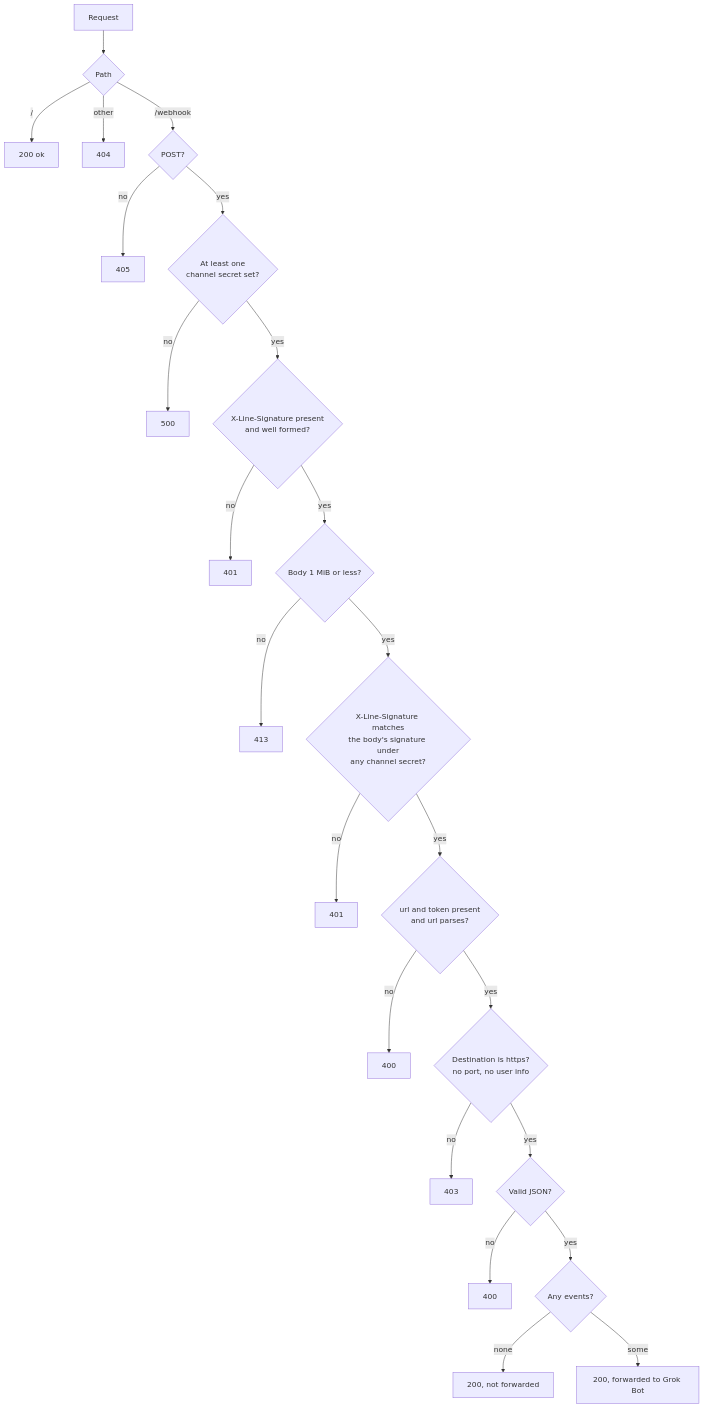
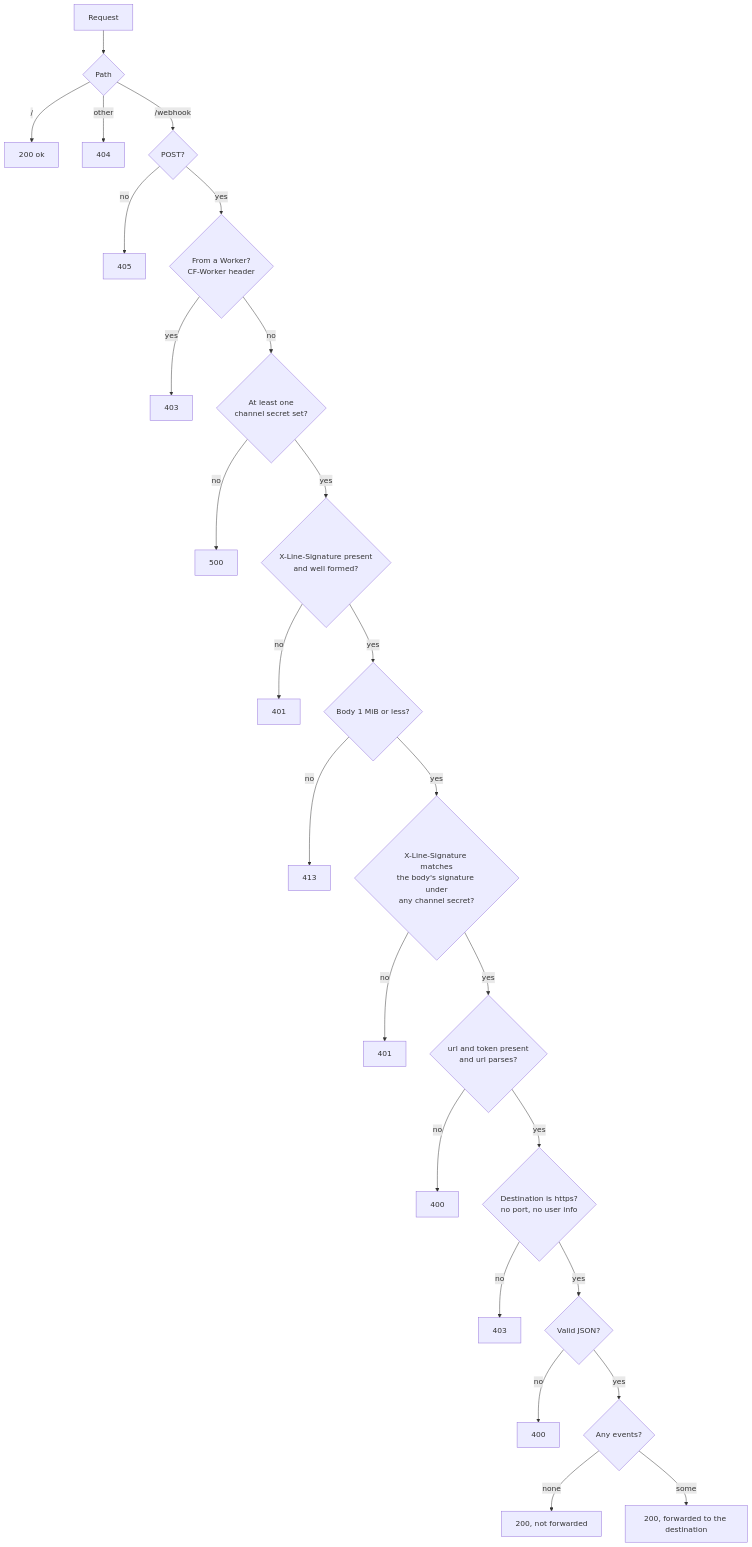
The second of 2 diagrams in README.en.md (cloud-position/grok-bot-line-relay), drawn with Mermaid before and after one commit. The commit also changed other lines of this file and 4 other files, not shown here.

````diff
--- a/README.en.md
+++ b/README.en.md
@@ -144,25 +144,27 @@
 ```mermaid
 flowchart TD
     A[Request] --> B{Path}
     B -- / --> OK[200 ok]
     B -- other --> N404[404]
     B -- /webhook --> C{POST?}
     C -- no --> N405[405]
-    C -- yes --> S{At least one<br/>channel secret set?}
+    C -- yes --> CW{From a Worker?<br/>CF-Worker header}
+    CW -- yes --> N403w[403]
+    CW -- no --> S{At least one<br/>channel secret set?}
     S -- no --> N500[500]
     S -- yes --> P{X-Line-Signature present<br/>and well formed?}
     P -- no --> N401a[401]
     P -- yes --> F{Body 1 MiB or less?}
     F -- no --> N413[413]
     F -- yes --> K{X-Line-Signature matches<br/>the body's signature under<br/>any channel secret?}
     K -- no --> N401b[401]
     K -- yes --> D{url and token present<br/>and url parses?}
     D -- no --> N400a[400]
     D -- yes --> E{Destination is https?<br/>no port, no user info}
     E -- no --> N403[403]
     E -- yes --> G{Valid JSON?}
     G -- no --> N400b[400]
     G -- yes --> H{Any events?}
     H -- none --> R200a[200, not forwarded]
-    H -- some --> R200b[200, forwarded to Grok Bot]
+    H -- some --> R200b[200, forwarded to the destination]
 ```
````
